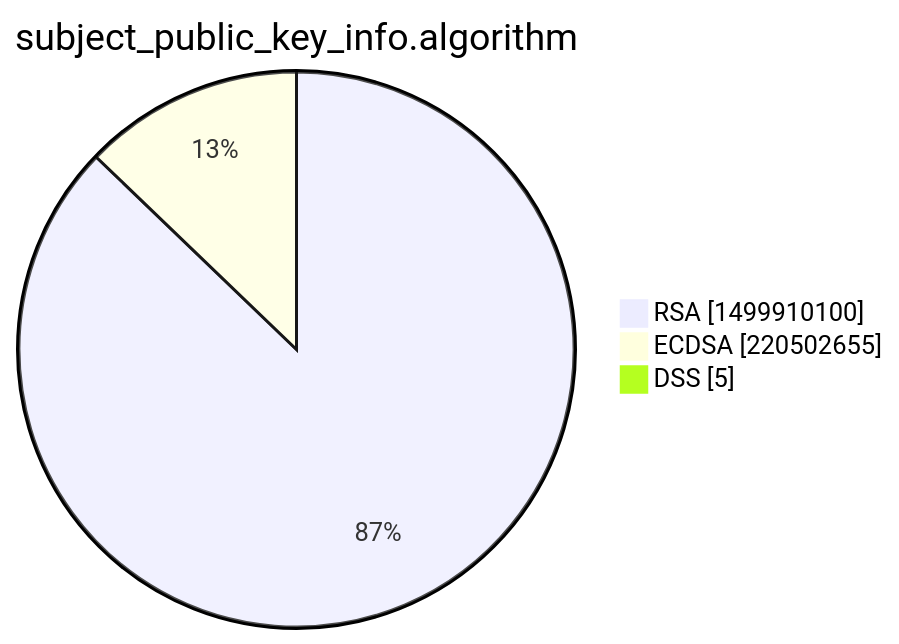
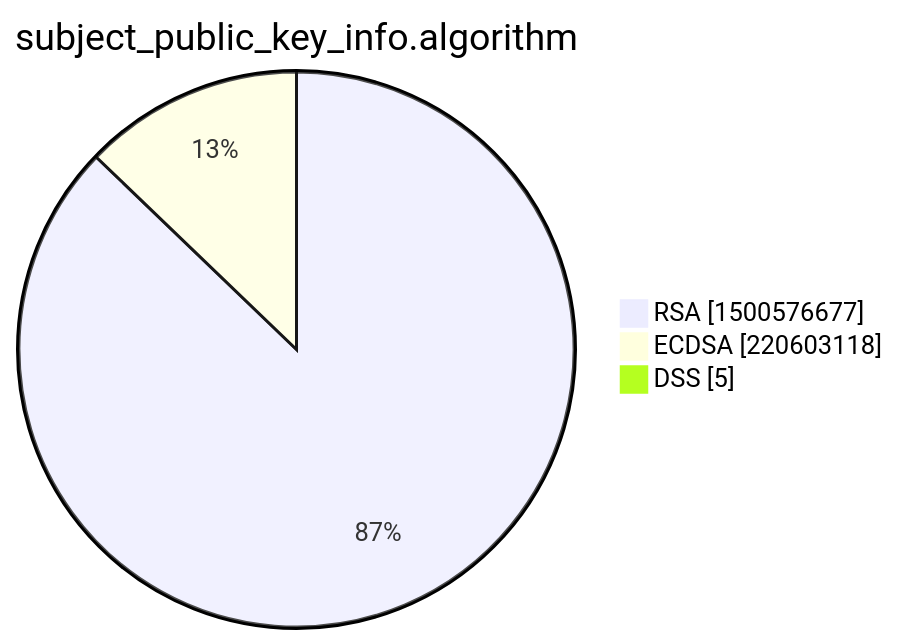
The third of 15 diagrams in xenon2022/README.md (christiankrug/ctmonitor_visualization), drawn with Mermaid before and after one commit. The commit also changed other lines of this file, not shown here.

````diff
--- a/xenon2022/README.md
+++ b/xenon2022/README.md
@@ -14,7 +14,7 @@
 ```mermaid
 pie showData
 title subject_public_key_info.algorithm
-"RSA" :1499910100
-"ECDSA" :220502655
+"RSA" :1500576677
+"ECDSA" :220603118
 "DSS" :5
 ```
````
